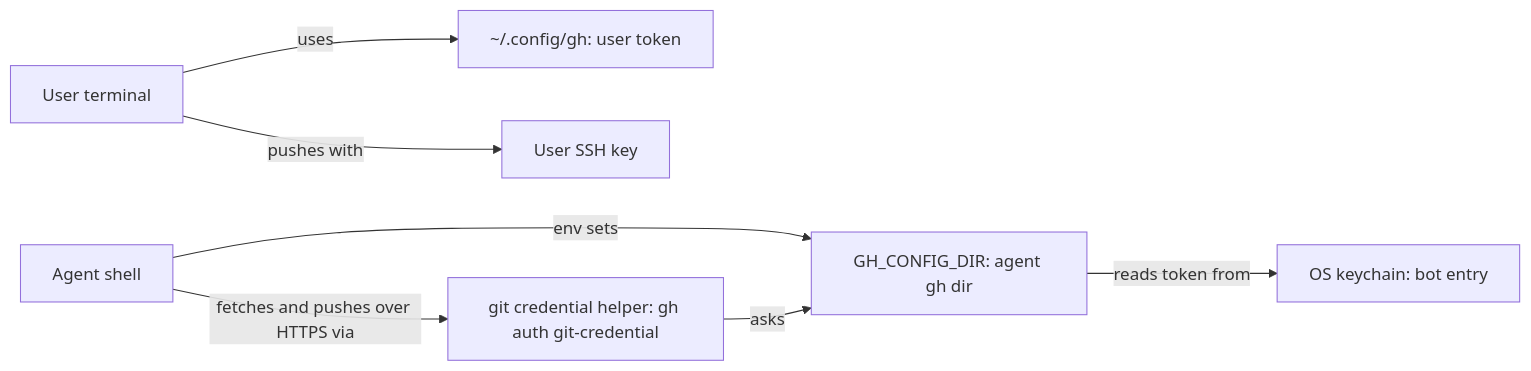
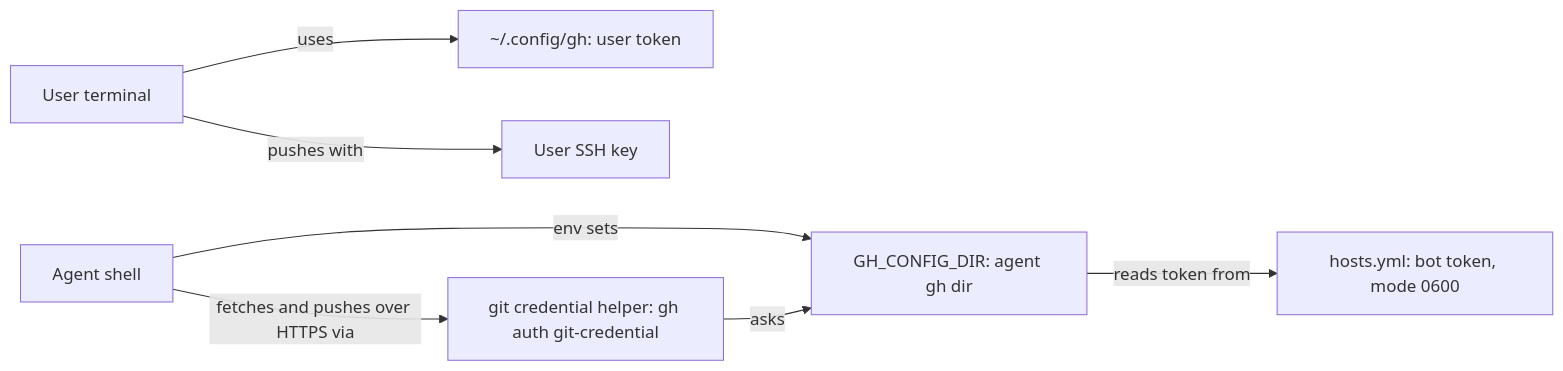
Before and after one commit to kirinmurphy/roborepo-alpha: the diagram in plans/active/git-github-01-agent-identity.md, drawn with Mermaid. The commit also changed other lines of this file, not shown here.

````diff
--- a/plans/active/git-github-01-agent-identity.md
+++ b/plans/active/git-github-01-agent-identity.md
@@ -284,9 +295,9 @@
 ```mermaid
 flowchart LR
     U[User terminal] -- uses --> UC[~/.config/gh: user token]
     U -- pushes with --> SSH[User SSH key]
     A[Agent shell] -- env sets --> G[GH_CONFIG_DIR: agent gh dir]
-    G -- reads token from --> K[OS keychain: bot entry]
+    G -- reads token from --> K[hosts.yml: bot token, mode 0600]
     A -- fetches and pushes over HTTPS via --> H[git credential helper: gh auth git-credential]
     H -- asks --> G
 ```
````
